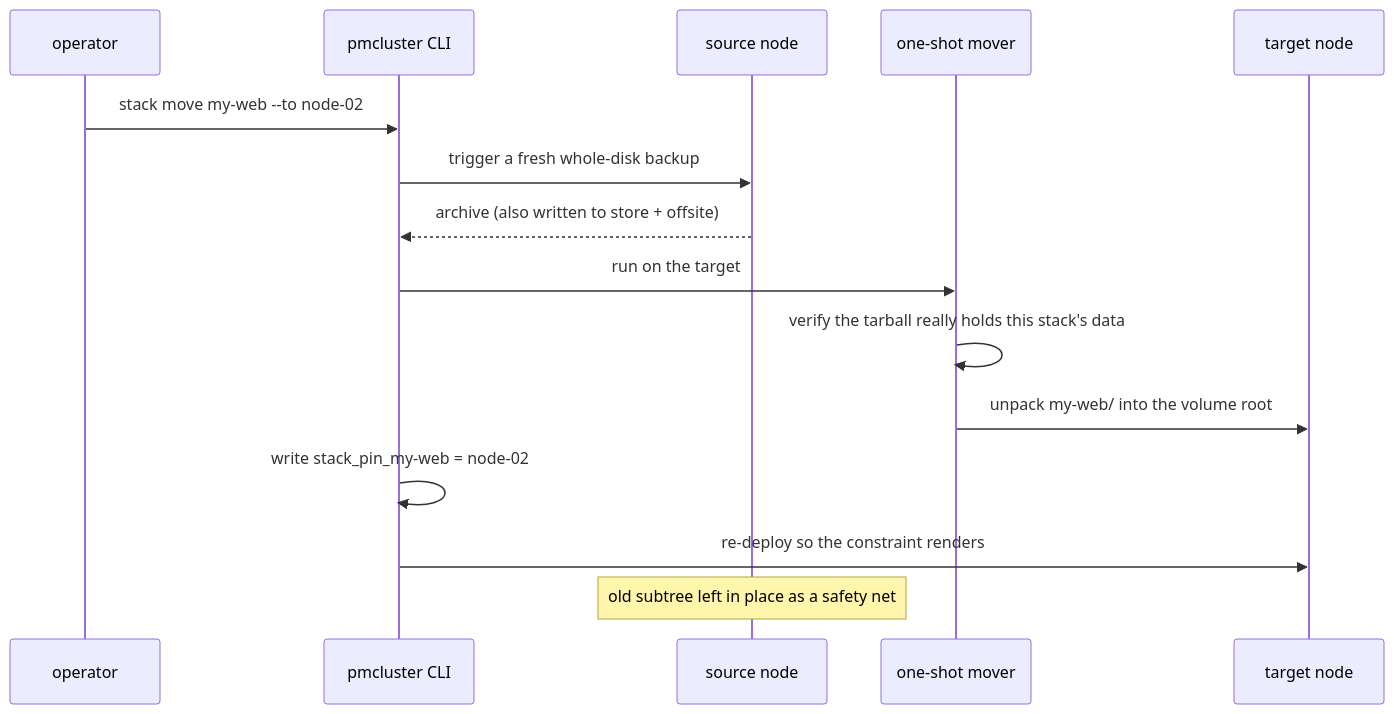
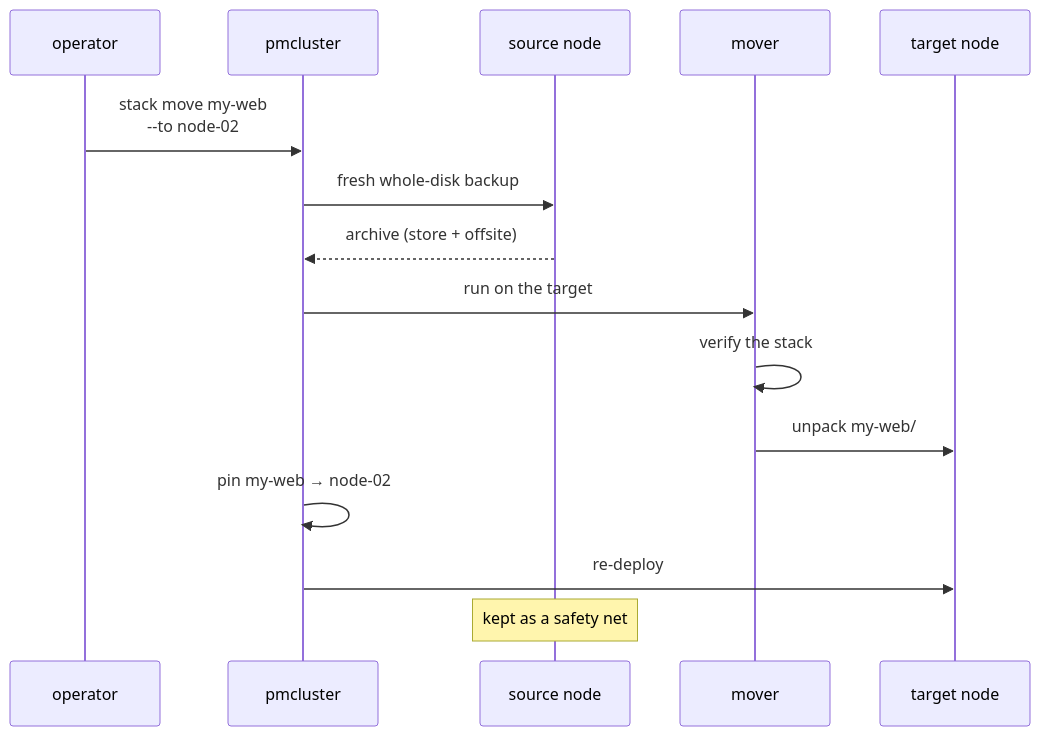
One commit to hazemarian/poor-man-cluster changed the fifth of 8 diagrams in docs/storage-and-databases.md. Above: the diagram before and after it, drawn with Mermaid. The commit also changed 3 other files, not shown here.

First line of the commit message:
docs: every diagram legible at GitHub's column width

````diff
--- a/docs/storage-and-databases.md
+++ b/docs/storage-and-databases.md
@@ -275,17 +275,17 @@
 ```mermaid
 sequenceDiagram
     participant OP as operator
-    participant CLI as pmcluster CLI
+    participant CLI as pmcluster
     participant SRC as source node
-    participant MV as one-shot mover
+    participant MV as mover
     participant DST as target node
-    OP->>CLI: stack move my-web --to node-02
-    CLI->>SRC: trigger a fresh whole-disk backup
-    SRC-->>CLI: archive (also written to store + offsite)
+    OP->>CLI: stack move my-web<br/>--to node-02
+    CLI->>SRC: fresh whole-disk backup
+    SRC-->>CLI: archive (store + offsite)
     CLI->>MV: run on the target
-    MV->>MV: verify the tarball really holds this stack's data
-    MV->>DST: unpack my-web/ into the volume root
-    CLI->>CLI: write stack_pin_my-web = node-02
-    CLI->>DST: re-deploy so the constraint renders
-    Note over SRC: old subtree left in place as a safety net
+    MV->>MV: verify the stack
+    MV->>DST: unpack my-web/
+    CLI->>CLI: pin my-web → node-02
+    CLI->>DST: re-deploy
+    Note over SRC: kept as a safety net
 ```
````
